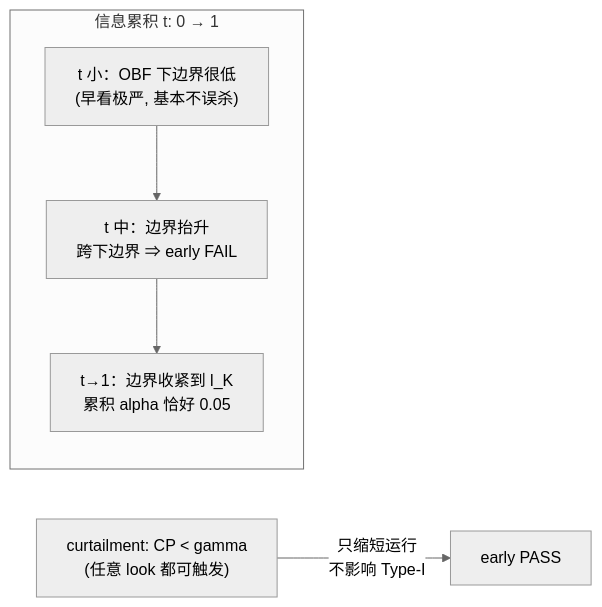
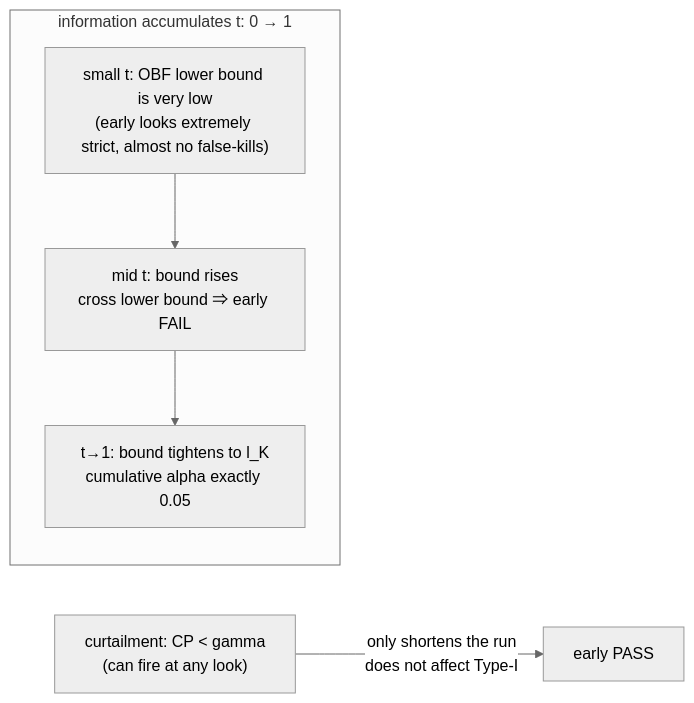
Before and after one commit to AndyUneducated/eval-gate: the second of 2 diagrams in docs/PHASE_15_PLAN.md, drawn with Mermaid (neutral theme). The commit also changed other lines of this file and 22 other files, not shown here.

````diff
--- a/docs/PHASE_15_PLAN.md
+++ b/docs/PHASE_15_PLAN.md
@@ -62,8 +62,8 @@
 ```mermaid
 flowchart LR
-  subgraph accum["信息累积 t: 0 → 1"]
-    A["t 小：OBF 下边界很低<br/>(早看极严, 基本不误杀)"] --> B["t 中：边界抬升<br/>跨下边界 ⇒ early FAIL"]
-    B --> C["t→1：边界收紧到 l_K<br/>累积 alpha 恰好 0.05"]
+  subgraph accum["information accumulates t: 0 → 1"]
+    A["small t: OBF lower bound is very low<br/>(early looks extremely strict, almost no false-kills)"] --> B["mid t: bound rises<br/>cross lower bound ⇒ early FAIL"]
+    B --> C["t→1: bound tightens to l_K<br/>cumulative alpha exactly 0.05"]
   end
-  D["curtailment: CP < gamma<br/>(任意 look 都可触发)"] -->|"只缩短运行<br/>不影响 Type-I"| E["early PASS"]
+  D["curtailment: CP < gamma<br/>(can fire at any look)"] -->|"only shortens the run<br/>does not affect Type-I"| E["early PASS"]
 ```
````
